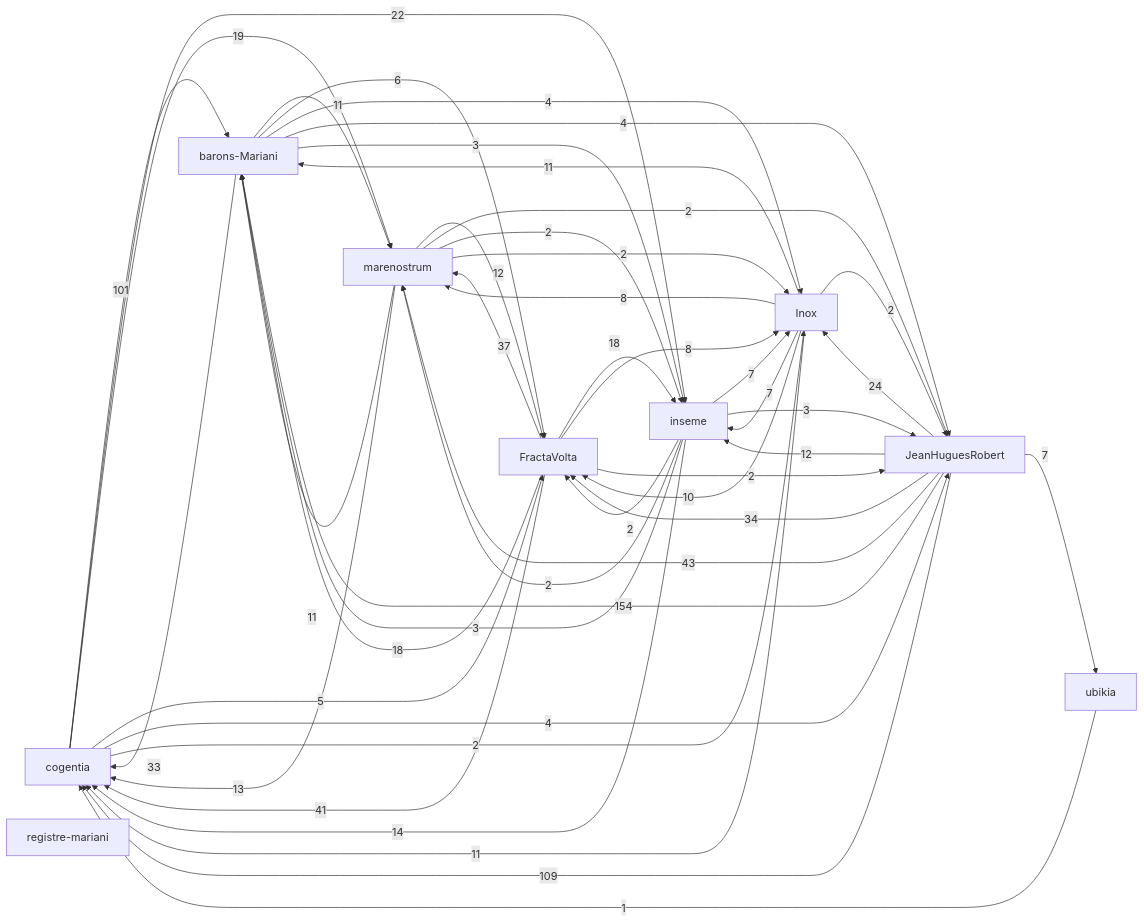
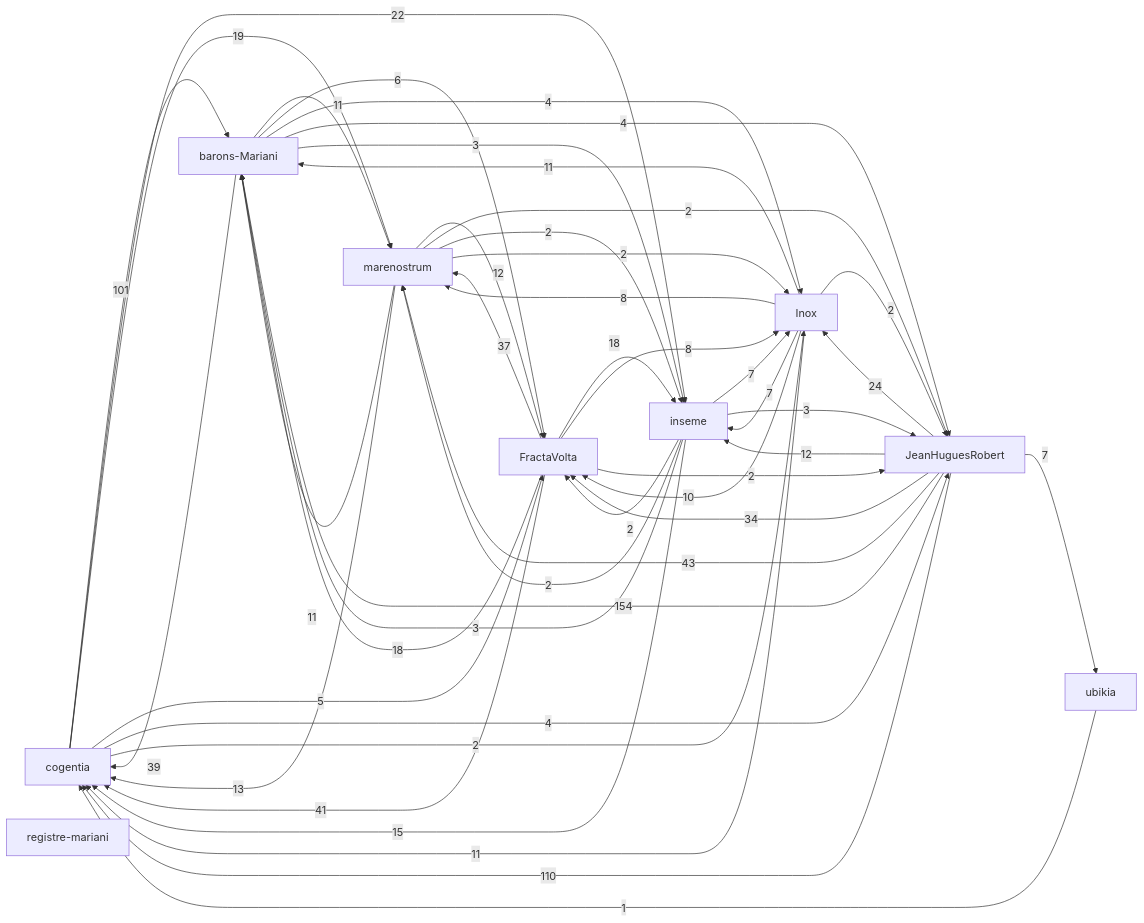
The first of 2 diagrams in research/corpus-status.md (JeanHuguesRobert/FractaVolta), drawn with Mermaid before and after one commit. The commit also changed 5 other files, not shown here.

````diff
--- a/research/corpus-status.md
+++ b/research/corpus-status.md
@@ -48,56 +48,56 @@
 ```mermaid
 graph LR
   r_cogentia["cogentia"]
   r_fractavolta["FractaVolta"]
   r_marenostrum["marenostrum"]
   r_barons_mariani["barons-Mariani"]
   r_inseme["inseme"]
   r_inox["Inox"]
   r_registre_mariani["registre-mariani"]
   r_ubikia["ubikia"]
   r_jeanhuguesrobert["JeanHuguesRobert"]
   r_jeanhuguesrobert -->|154| r_barons_mariani
-  r_jeanhuguesrobert -->|109| r_cogentia
+  r_jeanhuguesrobert -->|110| r_cogentia
   r_cogentia -->|101| r_barons_mariani
   r_jeanhuguesrobert -->|43| r_marenostrum
   r_fractavolta -->|41| r_cogentia
+  r_barons_mariani -->|39| r_cogentia
   r_fractavolta -->|37| r_marenostrum
   r_jeanhuguesrobert -->|34| r_fractavolta
-  r_barons_mariani -->|33| r_cogentia
   r_jeanhuguesrobert -->|24| r_inox
   r_cogentia -->|22| r_inseme
   r_cogentia -->|19| r_marenostrum
   r_fractavolta -->|18| r_inseme
   r_fractavolta -->|18| r_barons_mariani
-  r_inseme -->|14| r_cogentia
+  r_inseme -->|15| r_cogentia
   r_marenostrum -->|13| r_cogentia
   r_jeanhuguesrobert -->|12| r_inseme
   r_marenostrum -->|12| r_fractavolta
   r_barons_mariani -->|11| r_marenostrum
   r_inox -->|11| r_barons_mariani
   r_inox -->|11| r_cogentia
   r_marenostrum -->|11| r_barons_mariani
   r_inox -->|10| r_fractavolta
   r_fractavolta -->|8| r_inox
   r_inox -->|8| r_marenostrum
   r_inox -->|7| r_inseme
   r_inseme -->|7| r_inox
   r_jeanhuguesrobert -->|7| r_ubikia
   r_barons_mariani -->|6| r_fractavolta
   r_cogentia -->|5| r_fractavolta
   r_barons_mariani -->|4| r_inox
   r_barons_mariani -->|4| r_jeanhuguesrobert
   r_cogentia -->|4| r_jeanhuguesrobert
   r_barons_mariani -->|3| r_inseme
   r_inseme -->|3| r_barons_mariani
   r_inseme -->|3| r_jeanhuguesrobert
   r_cogentia -->|2| r_inox
   r_fractavolta -->|2| r_jeanhuguesrobert
   r_inox -->|2| r_jeanhuguesrobert
   r_inseme -->|2| r_marenostrum
   r_inseme -->|2| r_fractavolta
   r_marenostrum -->|2| r_jeanhuguesrobert
   r_marenostrum -->|2| r_inseme
   r_marenostrum -->|2| r_inox
   r_ubikia -->|1| r_cogentia
 ```
````
